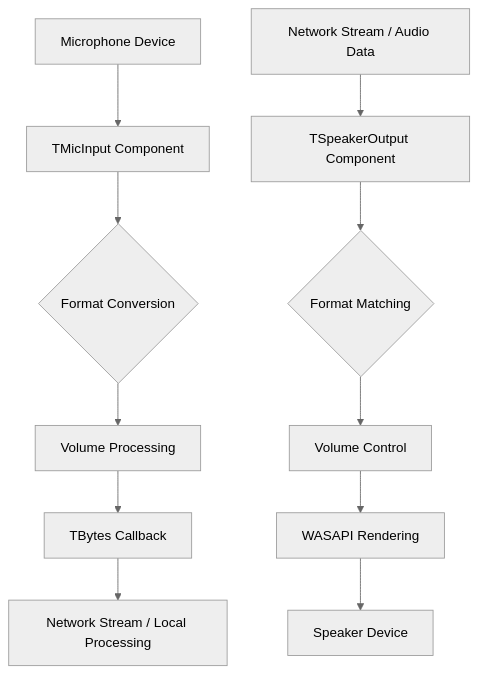
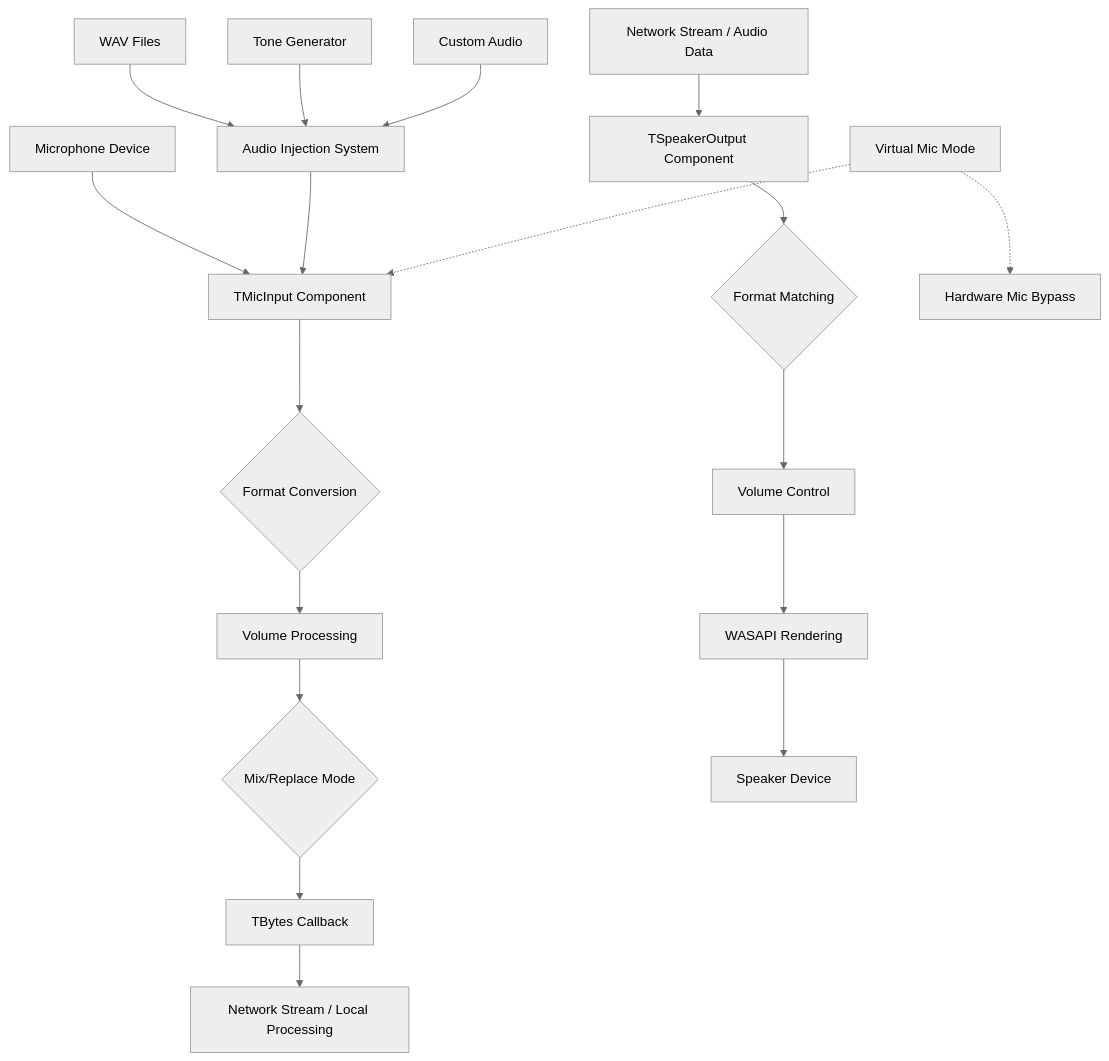
Before and after one commit to BitmasterXor/Delphi_Audio-Link_Components: the diagram in README.md, drawn with Mermaid (neutral theme). The commit also changed other lines of this file, not shown here.

````diff
--- a/README.md
+++ b/README.md
@@ -34,14 +36,22 @@
 ```mermaid
 graph TD
     A[Microphone Device] --> B[TMicInput Component]
+    M[Audio Injection System] --> B
+    N[WAV Files] --> M
+    O[Tone Generator] --> M
+    P[Custom Audio] --> M
     B --> C{Format Conversion}
     C --> D[Volume Processing]
-    D --> E[TBytes Callback]
+    D --> Q{Mix/Replace Mode}
+    Q --> E[TBytes Callback]
     E --> F[Network Stream / Local Processing]
     
     G[Network Stream / Audio Data] --> H[TSpeakerOutput Component]
     H --> I{Format Matching}
     I --> J[Volume Control]
     J --> K[WASAPI Rendering]
     K --> L[Speaker Device]
+    
+    R[Virtual Mic Mode] -.-> B
+    R -.-> S[Hardware Mic Bypass]
 ```
````
